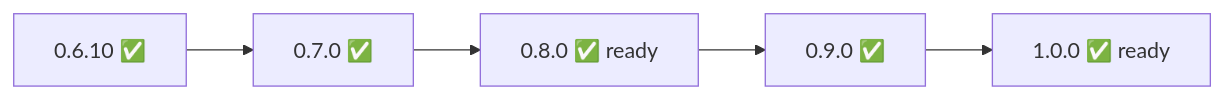
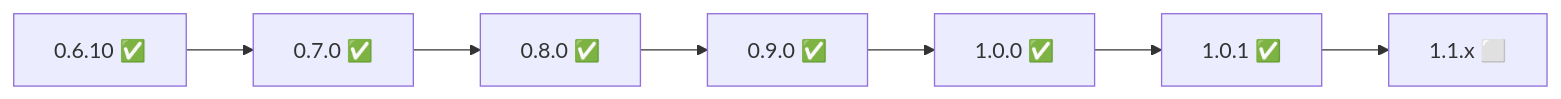
Before and after one commit to hrodrig/pgwd: the diagram in ROADMAP.md, drawn with Mermaid. The commit also changed other lines of this file and 1 other file, not shown here.

First line of the commit message:
docs(roadmap): open 1.1.x incident hygiene band

````diff
--- a/ROADMAP.md
+++ b/ROADMAP.md
@@ -19,7 +19,9 @@
 ```mermaid
 flowchart LR
   A["0.6.10 ✅"] --> B["0.7.0 ✅"]
-  B --> C["0.8.0 ✅ ready"]
+  B --> C["0.8.0 ✅"]
   C --> D["0.9.0 ✅"]
-  D --> E["1.0.0 ✅ ready"]
+  D --> E["1.0.0 ✅"]
+  E --> F["1.0.1 ✅"]
+  F --> G["1.1.x ⬜"]
 ```
````
